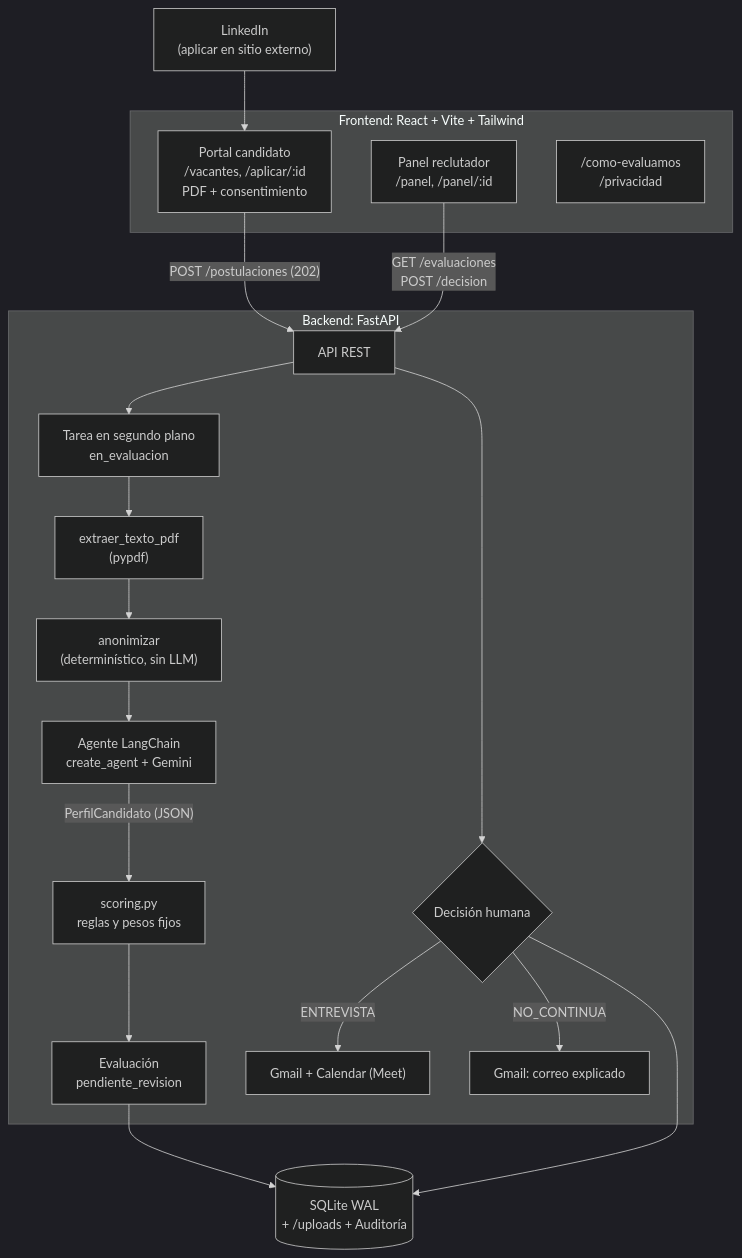
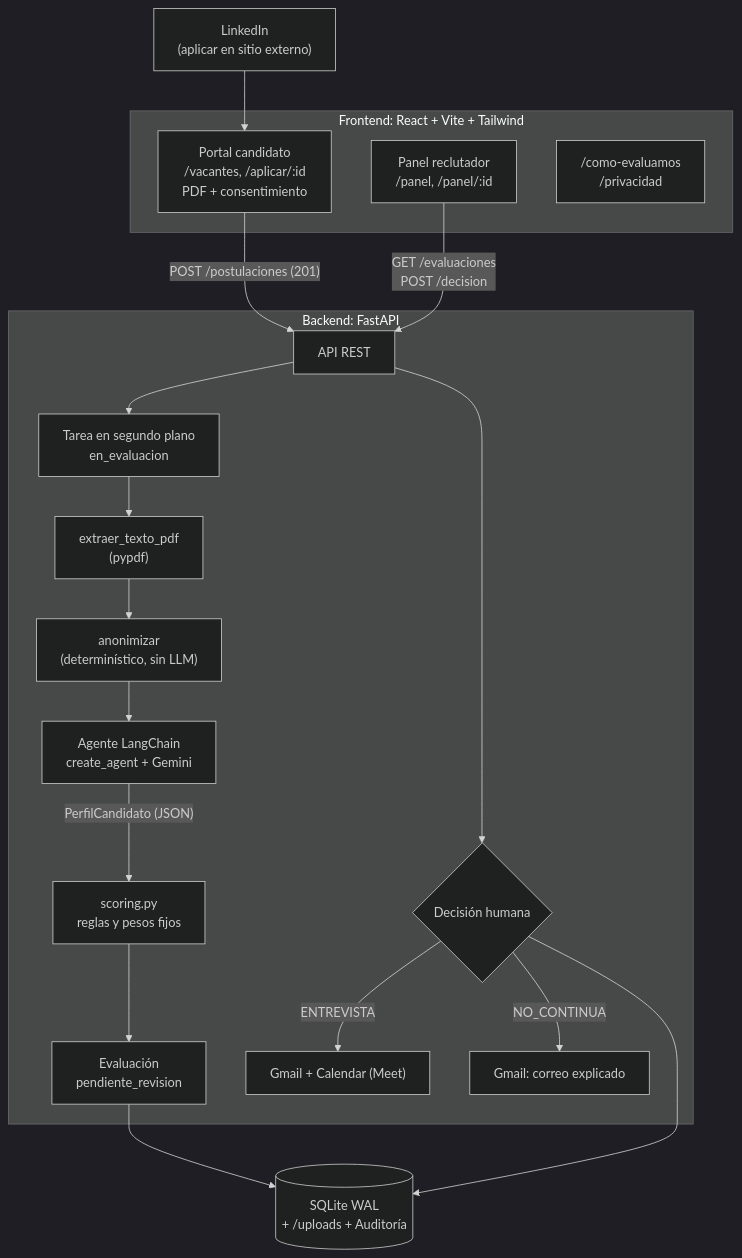
The diagram in docs/informe.md (Kevin-Ramirez-Guarin/AGENTE-EVALUADOR), drawn with Mermaid (dark theme) before and after one commit. The commit also changed other lines of this file, not shown here.

````diff
--- a/docs/informe.md
+++ b/docs/informe.md
@@ -75,24 +75,24 @@
 ```mermaid
 flowchart TD
     LI["LinkedIn<br/>(aplicar en sitio externo)"] --> FORM
     subgraph FE["Frontend: React + Vite + Tailwind"]
         FORM["Portal candidato<br/>/vacantes, /aplicar/:id<br/>PDF + consentimiento"]
         PANEL["Panel reclutador<br/>/panel, /panel/:id"]
         COMO["/como-evaluamos<br/>/privacidad"]
     end
-    FORM -->|"POST /postulaciones (202)"| API
+    FORM -->|"POST /postulaciones (201)"| API
     PANEL -->|"GET /evaluaciones<br/>POST /decision"| API
     subgraph BE["Backend: FastAPI"]
         API["API REST"] --> BG["Tarea en segundo plano<br/>en_evaluacion"]
         BG --> PDF["extraer_texto_pdf<br/>(pypdf)"]
         PDF --> ANON["anonimizar<br/>(determinístico, sin LLM)"]
         ANON --> AG["Agente LangChain<br/>create_agent + Gemini"]
         AG -->|"PerfilCandidato (JSON)"| SC["scoring.py<br/>reglas y pesos fijos"]
         SC --> EV["Evaluación<br/>pendiente_revision"]
         API --> DEC{"Decisión humana"}
         DEC -->|ENTREVISTA| G["Gmail + Calendar (Meet)"]
         DEC -->|NO_CONTINUA| G2["Gmail: correo explicado"]
     end
     EV --> DB[("SQLite WAL<br/>+ /uploads + Auditoría")]
     DEC --> DB
 ```
````
